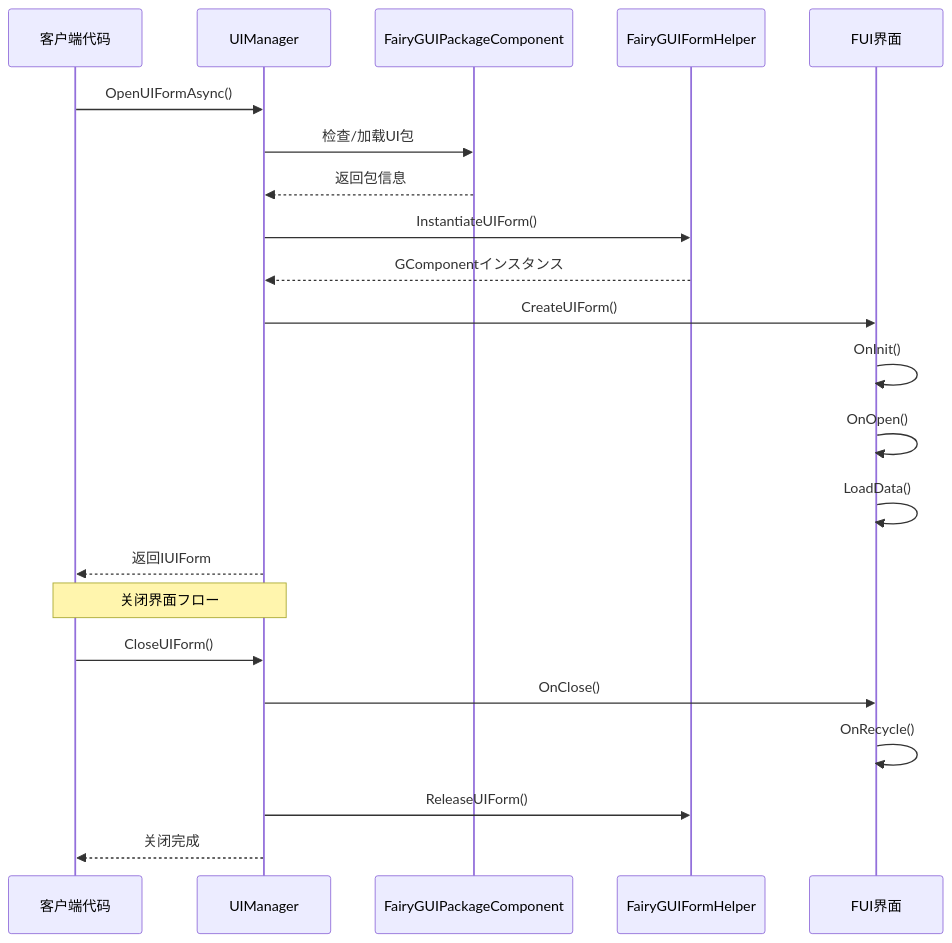
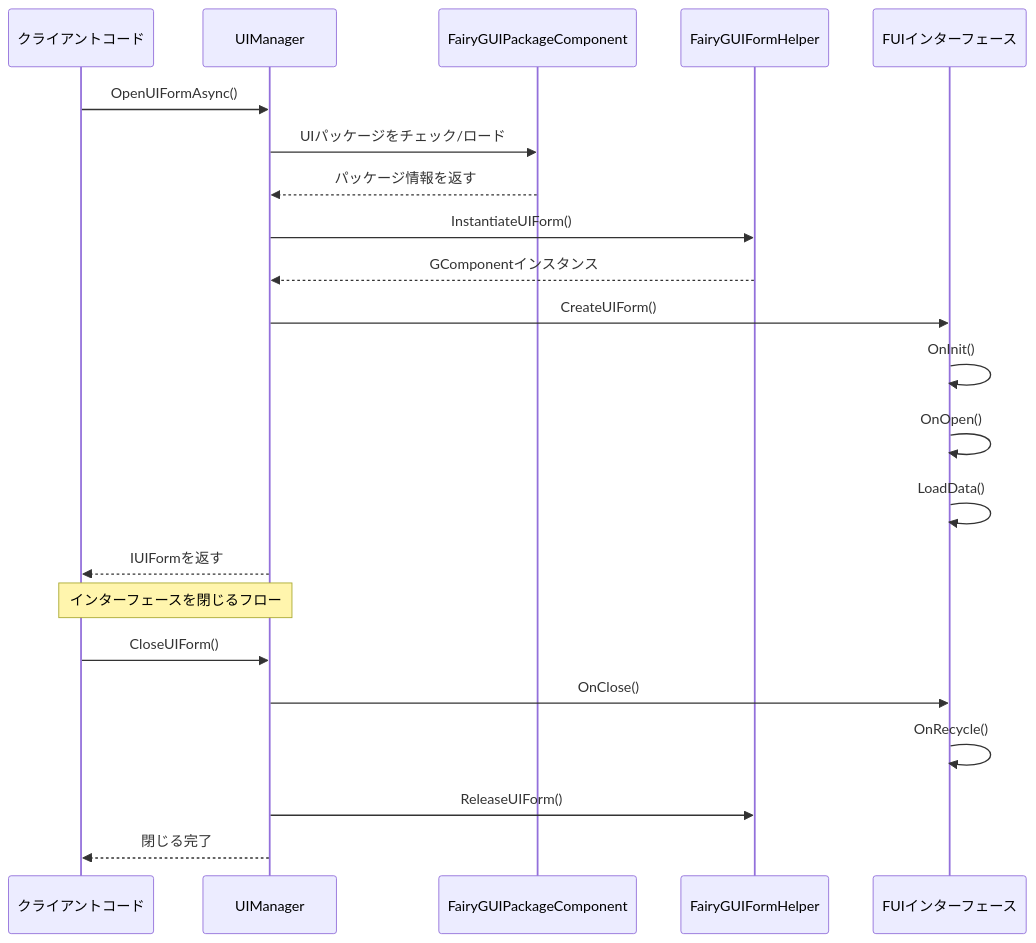
Before and after one commit to AlianBlank/GameFrameX.Docs: the second of 2 diagrams in docs/ja/client/unity/component/ui-fairygui/04.features.md, drawn with Mermaid. The commit also changed other lines of this file and 320 other files, not shown here.

````diff
--- a/docs/ja/client/unity/component/ui-fairygui/04.features.md
+++ b/docs/ja/client/unity/component/ui-fairygui/04.features.md
@@ -110,27 +110,27 @@
 ```mermaid
 sequenceDiagram
-    participant Client as 客户端代码
+    participant Client as クライアントコード
     participant UIMgr as UIManager
     participant Package as FairyGUIPackageComponent
     participant FormHelper as FairyGUIFormHelper
-    participant UIForm as FUI界面
+    participant UIForm as FUIインターフェース
 
     Client->>UIMgr: OpenUIFormAsync()
-    UIMgr->>Package: 检查/加载UI包
-    Package-->>UIMgr: 返回包信息
+    UIMgr->>Package: UIパッケージをチェック/ロード
+    Package-->>UIMgr: パッケージ情報を返す
     UIMgr->>FormHelper: InstantiateUIForm()
     FormHelper-->>UIMgr: GComponentインスタンス
     UIMgr->>UIForm: CreateUIForm()
     UIForm->>UIForm: OnInit()
     UIForm->>UIForm: OnOpen()
     UIForm->>UIForm: LoadData()
-    UIMgr-->>Client: 返回IUIForm
+    UIMgr-->>Client: IUIFormを返す
 
-    Note over Client,UIMgr: 关闭界面フロー
-    
+    Note over Client,UIMgr: インターフェースを閉じるフロー
+
     Client->>UIMgr: CloseUIForm()
     UIMgr->>UIForm: OnClose()
     UIForm->>UIForm: OnRecycle()
     UIMgr->>FormHelper: ReleaseUIForm()
-    UIMgr-->>Client: 关闭完成
+    UIMgr-->>Client: 閉じる完了
 ```
````
